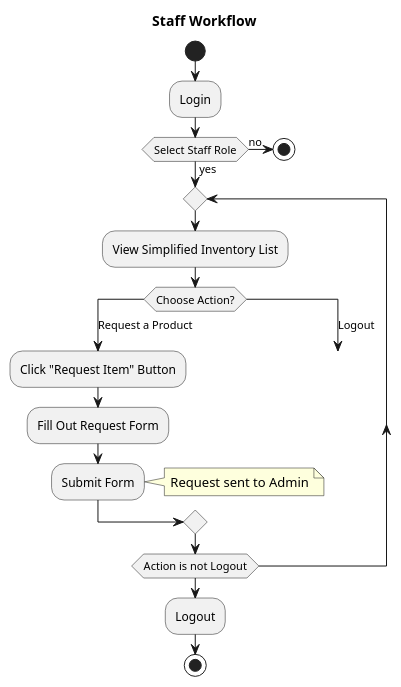
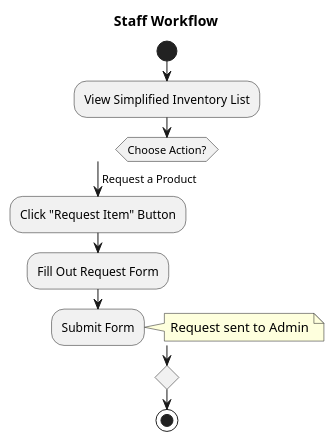
One commit to anubhav-vij/HULLC_Inventory_System changed the second of 2 diagrams in PROCESS_DIAGRAM.md. Above: the diagram before and after it, drawn with PlantUML. The commit also changed other lines of this file and 1 other file, not shown here.

````diff
--- a/PROCESS_DIAGRAM.md
+++ b/PROCESS_DIAGRAM.md
@@ -75,30 +65,20 @@
 ```plantuml
 @startuml
 title Staff Workflow
 start
 
-:Login;
+'The user is assumed to be logged in as Staff.
 
-if (Select Staff Role) then (yes)
-  repeat
-    :View Simplified Inventory List;
+:View Simplified Inventory List;
 
-    switch (Choose Action?)
-    case (Request a Product)
-      :Click "Request Item" Button;
-      :Fill Out Request Form;
-      :Submit Form;
-      note right: Request sent to Admin
-    case (Logout)
-      break
-    endswitch
-  repeat while (Action is not Logout)
-else (no)
-  stop
-endif
-
-:Logout;
+switch (Choose Action?)
+case (Request a Product)
+  :Click "Request Item" Button;
+  :Fill Out Request Form;
+  :Submit Form;
+  note right: Request sent to Admin
+endswitch
 
 stop
 @enduml
 ```
````
